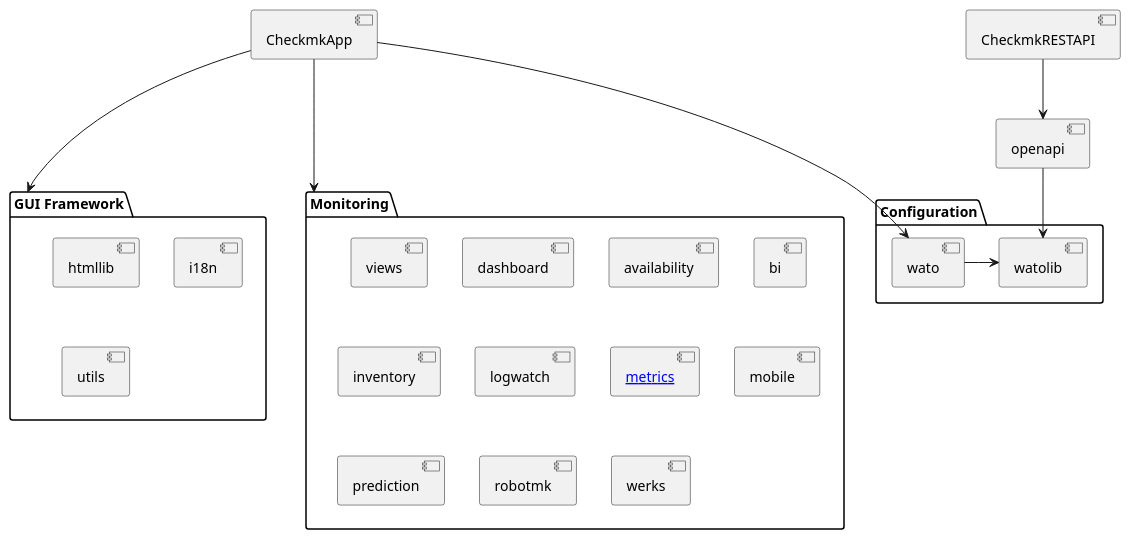
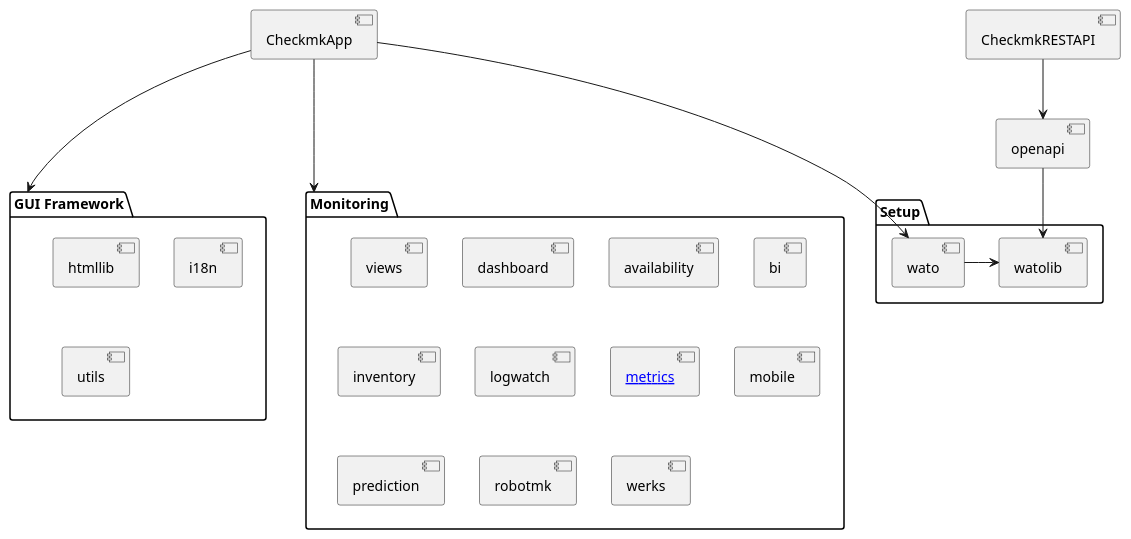
The diagram in doc/documentation/arch-comp-gui-components.puml (Checkmk/checkmk), drawn with PlantUML before and after one commit. The commit also changed 7 other files, not shown here.

Commit message:
Start distributed monitoring architecture article

```diff
--- a/doc/documentation/arch-comp-gui-components.puml
+++ b/doc/documentation/arch-comp-gui-components.puml
@@ -1,36 +1,36 @@
 @startuml
 component "CheckmkApp" as cmk_gui_app
 component "CheckmkRESTAPI" as cmk_rest_api_app
 component openapi
 
 package "GUI Framework" as gui_framework {
     component htmllib
     component i18n
     component utils
 }
 
 package Monitoring {
     component views
     component dashboard
     component availability
     component bi
     component inventory
     component logwatch
     component "[[../arch-comp-gui-metrics.html metrics]]" as metrics
     component mobile
     component prediction
     component robotmk
     component werks
 }
-package Configuration {
+package Setup {
     component wato
     component watolib
 }
 
 cmk_gui_app -d--> gui_framework
 cmk_gui_app -d--> Monitoring
 cmk_gui_app -d--> wato
 cmk_rest_api_app -d-> openapi
 openapi -d-> watolib
 wato -> watolib
 @enduml
```
